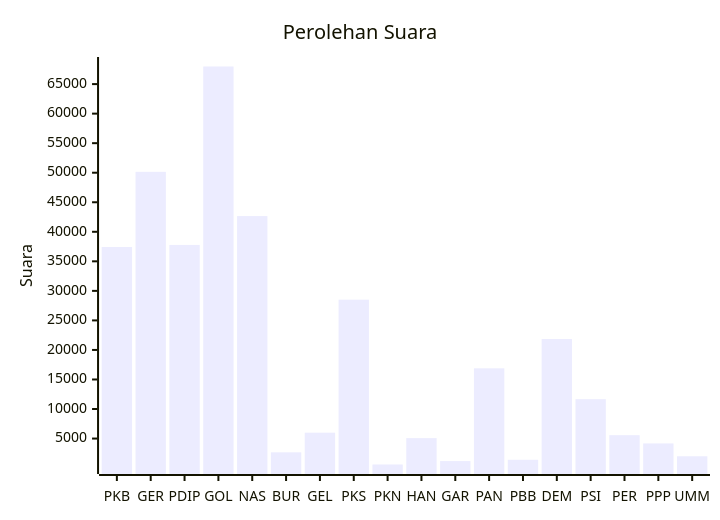
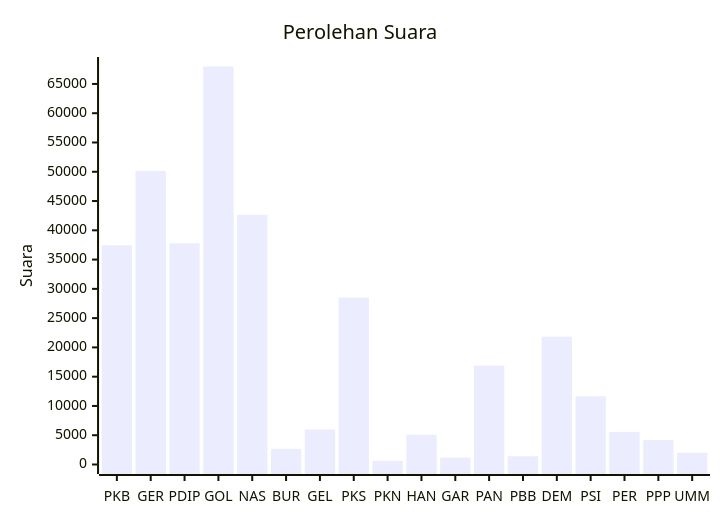
The diagram in pileg-dpr/hitung-suara/sub/table-wilayah-21.md (gigit-pemilu/pemilu-2024), drawn with Mermaid before and after one commit. The commit also changed 57 other files, not shown here.

````diff
--- a/pileg-dpr/hitung-suara/sub/table-wilayah-21.md
+++ b/pileg-dpr/hitung-suara/sub/table-wilayah-21.md
@@ -7,7 +7,7 @@
 ```mermaid
 xychart-beta
     title "Perolehan Suara"
     x-axis [PKB, GER, PDIP, GOL, NAS, BUR, GEL, PKS, PKN, HAN, GAR, PAN, PBB, DEM, PSI, PER, PPP, UMM]
-    y-axis "Suara"
+    y-axis "Suara" 0 --> 67979
     bar [37431, 50146, 37775, 67979, 42658, 2669, 5992, 28512, 609, 5075, 1184, 16885, 1412, 21844, 11663, 5568, 4175, 1998]
 ```
````
